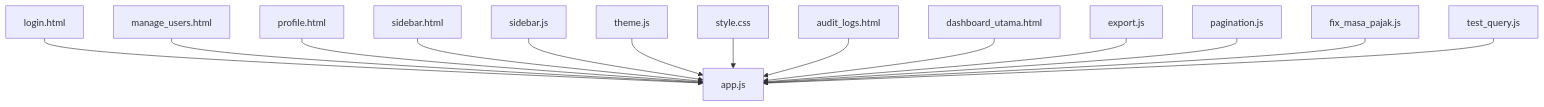
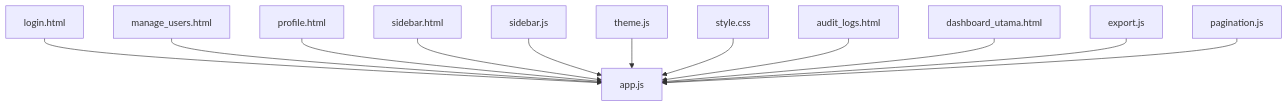
Before and after one commit to rendisiagian/TDS_by_RENDISIAGIAN: the first of 5 diagrams in .qoder/repowiki/en/content/Authentication & User Management/Authentication & User Management.md, drawn with Mermaid. The commit also changed other lines of this file and 96 other files, not shown here.

````diff
--- a/.qoder/repowiki/en/content/Authentication & User Management/Authentication & User Management.md
+++ b/.qoder/repowiki/en/content/Authentication & User Management/Authentication & User Management.md
@@ -39,16 +44,14 @@
 ```mermaid
 graph TB
 Login["login.html"] --> App["app.js"]
 ManageUsers["manage_users.html"] --> App
 Profile["profile.html"] --> App
 Sidebar["sidebar.html"] --> App
 SidebarJS["sidebar.js"] --> App
 Theme["theme.js"] --> App
 Style["style.css"] --> App
 AuditLogs["audit_logs.html"] --> App
 Dashboard["dashboard_utama.html"] --> App
 Export["export.js"] --> App
 Pagination["pagination.js"] --> App
-FixMasaPajak["fix_masa_pajak.js"] --> App
-TestQuery["test_query.js"] --> App
 ```
````
